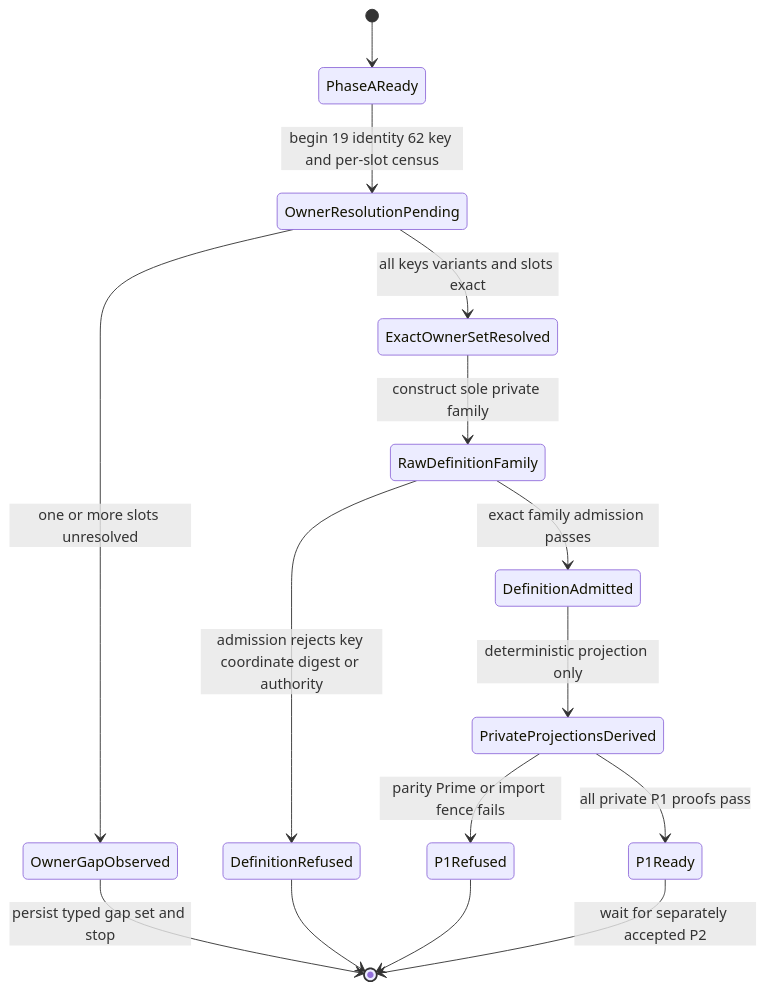
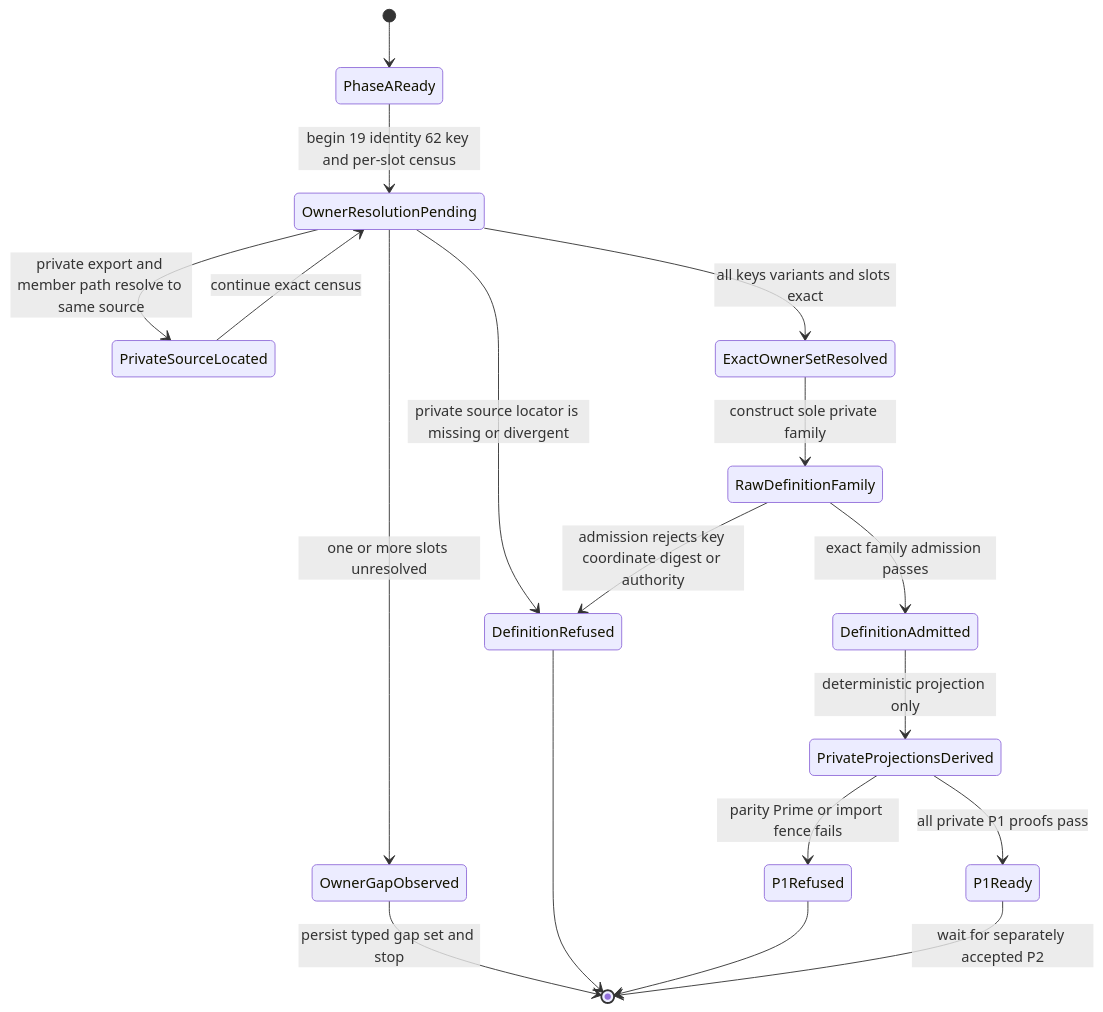
Before and after one commit to foolishimp/abiogenesis: the third of 3 diagrams in build_tenants/abiogenesis/typescript/design/M04_PUBLIC_OPERATION_DEFINITION_FAMILY_BEHAVIOR_DESIGN.md, drawn with Mermaid. The commit also changed other lines of this file and 6 other files, not shown here.

````diff
--- a/build_tenants/abiogenesis/typescript/design/M04_PUBLIC_OPERATION_DEFINITION_FAMILY_BEHAVIOR_DESIGN.md
+++ b/build_tenants/abiogenesis/typescript/design/M04_PUBLIC_OPERATION_DEFINITION_FAMILY_BEHAVIOR_DESIGN.md
@@ -1031,17 +1076,20 @@
 ```mermaid
 stateDiagram-v2
   [*] --> PhaseAReady
   PhaseAReady --> OwnerResolutionPending: begin 19 identity 62 key and per-slot census
+  OwnerResolutionPending --> PrivateSourceLocated: private export and member path resolve to same source
+  PrivateSourceLocated --> OwnerResolutionPending: continue exact census
+  OwnerResolutionPending --> DefinitionRefused: private source locator is missing or divergent
   OwnerResolutionPending --> OwnerGapObserved: one or more slots unresolved
   OwnerResolutionPending --> ExactOwnerSetResolved: all keys variants and slots exact
   ExactOwnerSetResolved --> RawDefinitionFamily: construct sole private family
   RawDefinitionFamily --> DefinitionRefused: admission rejects key coordinate digest or authority
   RawDefinitionFamily --> DefinitionAdmitted: exact family admission passes
   DefinitionAdmitted --> PrivateProjectionsDerived: deterministic projection only
   PrivateProjectionsDerived --> P1Refused: parity Prime or import fence fails
   PrivateProjectionsDerived --> P1Ready: all private P1 proofs pass
   OwnerGapObserved --> [*]: persist typed gap set and stop
   DefinitionRefused --> [*]
   P1Refused --> [*]
   P1Ready --> [*]: wait for separately accepted P2
 ```
````
